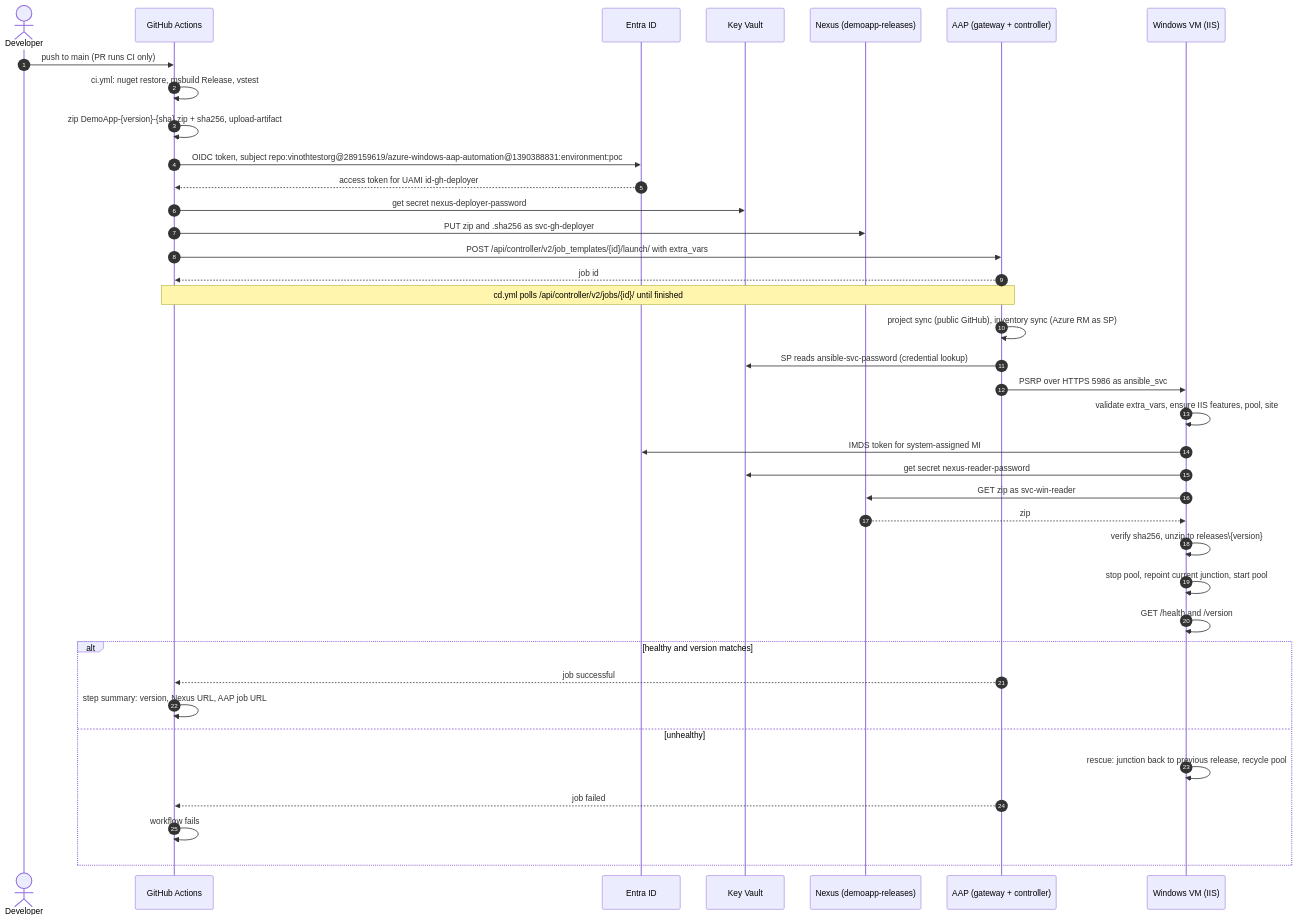
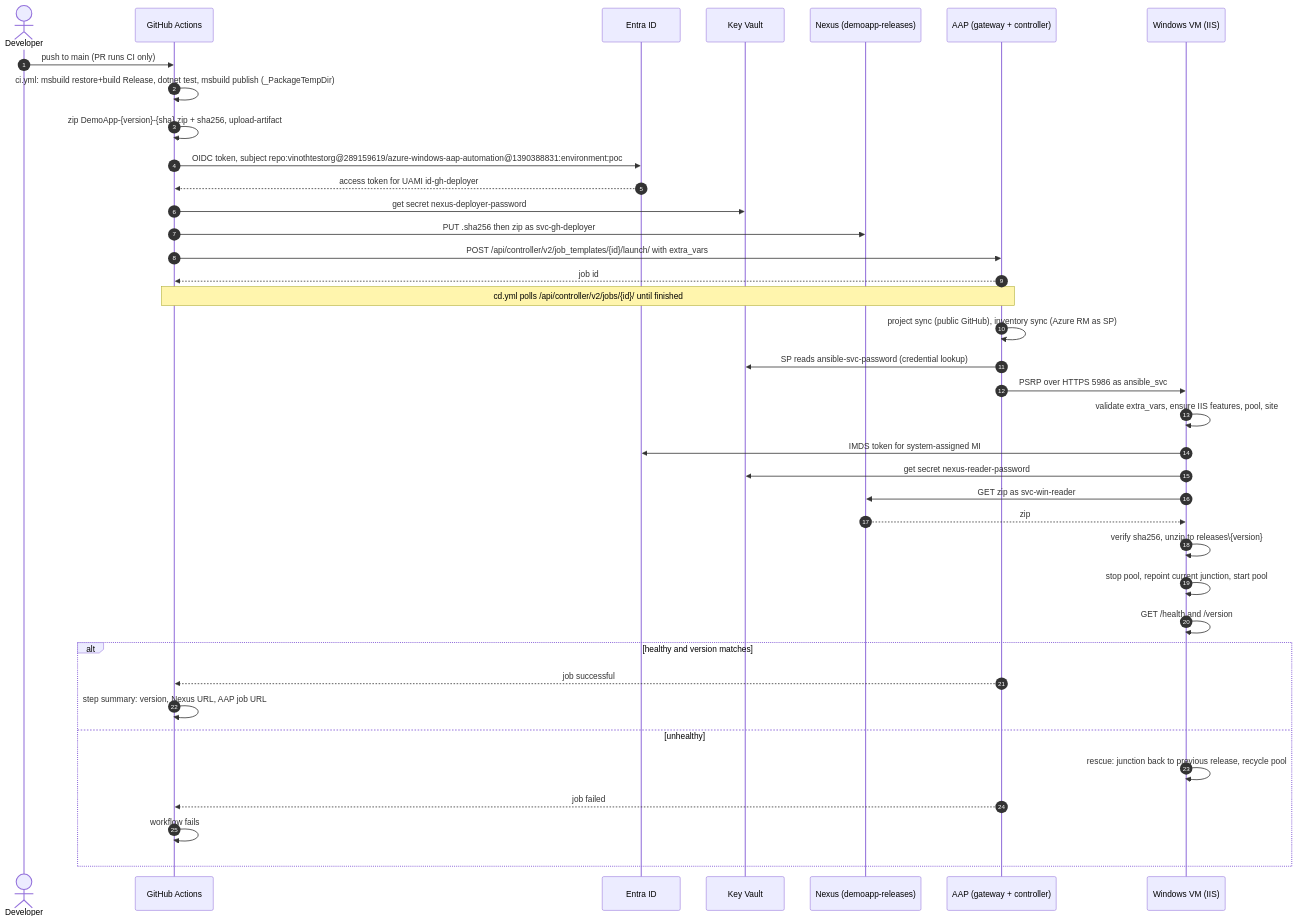
One commit to vinothtestorg/azure-windows-aap-automation changed the third of 5 diagrams in docs/HLD.md. Above: the diagram before and after it, drawn with Mermaid. The commit also changed other lines of this file and 6 other files, not shown here.

````diff
--- a/docs/HLD.md
+++ b/docs/HLD.md
@@ -324,41 +324,41 @@
 ```mermaid
 sequenceDiagram
   autonumber
   actor Dev as Developer
   participant GH as GitHub Actions
   participant Entra as Entra ID
   participant KV as Key Vault
   participant NX as Nexus (demoapp-releases)
   participant AAP as AAP (gateway + controller)
   participant VM as Windows VM (IIS)
 
   Dev->>GH: push to main (PR runs CI only)
-  GH->>GH: ci.yml: nuget restore, msbuild Release, vstest
+  GH->>GH: ci.yml: msbuild restore+build Release, dotnet test, msbuild publish (_PackageTempDir)
   GH->>GH: zip DemoApp-{version}-{sha}.zip + sha256, upload-artifact
   GH->>Entra: OIDC token, subject repo:vinothtestorg@289159619/azure-windows-aap-automation@1390388831:environment:poc
   Entra-->>GH: access token for UAMI id-gh-deployer
   GH->>KV: get secret nexus-deployer-password
-  GH->>NX: PUT zip and .sha256 as svc-gh-deployer
+  GH->>NX: PUT .sha256 then zip as svc-gh-deployer
   GH->>AAP: POST /api/controller/v2/job_templates/{id}/launch/ with extra_vars
   AAP-->>GH: job id
   Note over GH,AAP: cd.yml polls /api/controller/v2/jobs/{id}/ until finished
   AAP->>AAP: project sync (public GitHub), inventory sync (Azure RM as SP)
   AAP->>KV: SP reads ansible-svc-password (credential lookup)
   AAP->>VM: PSRP over HTTPS 5986 as ansible_svc
   VM->>VM: validate extra_vars, ensure IIS features, pool, site
   VM->>Entra: IMDS token for system-assigned MI
   VM->>KV: get secret nexus-reader-password
   VM->>NX: GET zip as svc-win-reader
   NX-->>VM: zip
   VM->>VM: verify sha256, unzip to releases\{version}
   VM->>VM: stop pool, repoint current junction, start pool
   VM->>VM: GET /health and /version
   alt healthy and version matches
     AAP-->>GH: job successful
     GH->>GH: step summary: version, Nexus URL, AAP job URL
   else unhealthy
     VM->>VM: rescue: junction back to previous release, recycle pool
     AAP-->>GH: job failed
     GH->>GH: workflow fails
   end
 ```
````
